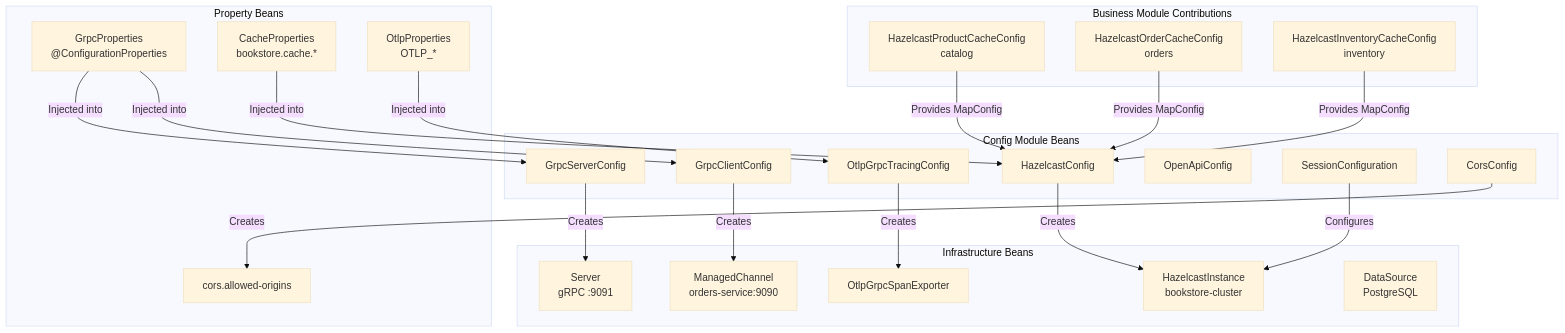
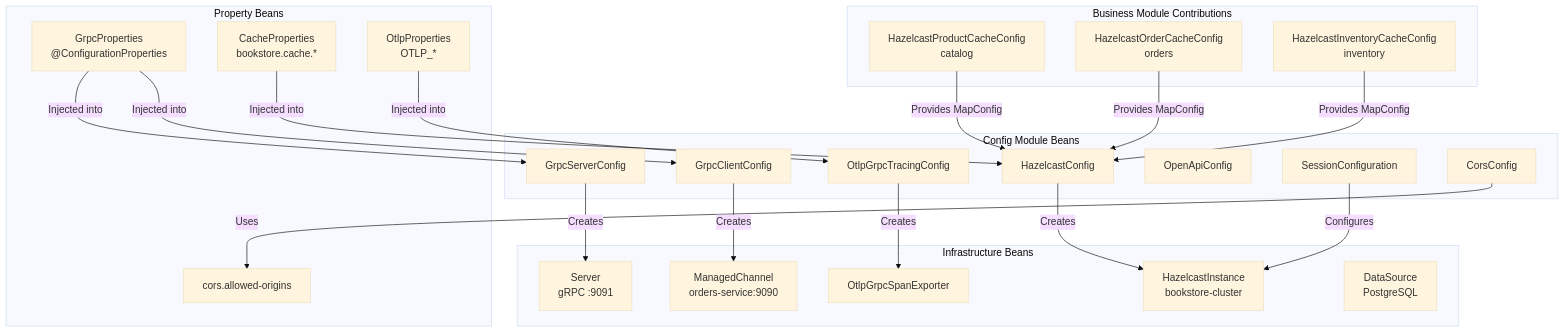
Before and after one commit to philipz/spring-modular-monolith: the eighth of 8 diagrams in docs/deepwiki/Config-Module.md, drawn with Mermaid (base theme). The commit also changed other lines of this file and 32 other files, not shown here.

````diff
--- a/docs/deepwiki/Config-Module.md
+++ b/docs/deepwiki/Config-Module.md
@@ -535,68 +535,68 @@
 ```mermaid
 flowchart TD
 
 GrpcProps["GrpcProperties<br>@ConfigurationProperties"]
 CacheProps["CacheProperties<br>bookstore.cache.*"]
 OtlpProps["OtlpProperties<br>OTLP_*"]
 CorsProps["cors.allowed-origins"]
 HZInstance["HazelcastInstance<br>bookstore-cluster"]
 GrpcServer["Server<br>gRPC :9091"]
 GrpcChannel["ManagedChannel<br>orders-service:9090"]
 OtlpExporter["OtlpGrpcSpanExporter"]
 DataSource["DataSource<br>PostgreSQL"]
 HZConfig["HazelcastConfig"]
 GrpcServerCfg["GrpcServerConfig"]
 GrpcClientCfg["GrpcClientConfig"]
 OtlpCfg["OtlpGrpcTracingConfig"]
 OpenAPICfg["OpenApiConfig"]
 SessionCfg["SessionConfiguration"]
 CorsCfg["CorsConfig"]
 ProductMapCfg["HazelcastProductCacheConfig<br>catalog"]
 OrderMapCfg["HazelcastOrderCacheConfig<br>orders"]
 InventoryMapCfg["HazelcastInventoryCacheConfig<br>inventory"]
 
 GrpcProps -->|"Injected into"| GrpcServerCfg
 GrpcProps -->|"Injected into"| GrpcClientCfg
 CacheProps -->|"Injected into"| HZConfig
 OtlpProps -->|"Injected into"| OtlpCfg
 ProductMapCfg -->|"Provides MapConfig"| HZConfig
 OrderMapCfg -->|"Provides MapConfig"| HZConfig
 InventoryMapCfg -->|"Provides MapConfig"| HZConfig
 HZConfig -->|"Creates"| HZInstance
 GrpcServerCfg -->|"Creates"| GrpcServer
 GrpcClientCfg -->|"Creates"| GrpcChannel
 OtlpCfg -->|"Creates"| OtlpExporter
 SessionCfg -->|"Configures"| HZInstance
-CorsCfg -->|"Creates"| CorsProps
+CorsCfg -->|"Uses"| CorsProps
 
 subgraph subGraph3 ["Business Module Contributions"]
     ProductMapCfg
     OrderMapCfg
     InventoryMapCfg
 end
 
 subgraph subGraph2 ["Config Module Beans"]
     HZConfig
     GrpcServerCfg
     GrpcClientCfg
     OtlpCfg
     OpenAPICfg
     SessionCfg
     CorsCfg
 end
 
 subgraph subGraph1 ["Infrastructure Beans"]
     HZInstance
     GrpcServer
     GrpcChannel
     OtlpExporter
     DataSource
 end
 
 subgraph subGraph0 ["Property Beans"]
     GrpcProps
     CacheProps
     OtlpProps
     CorsProps
 end
 ```
````
